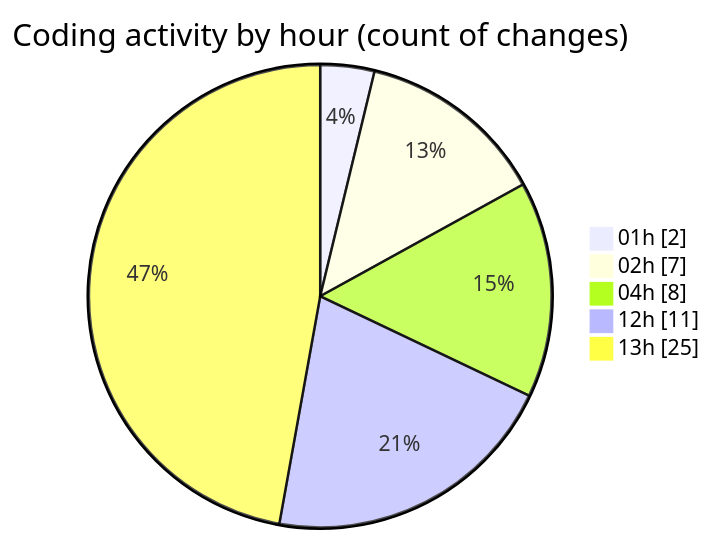
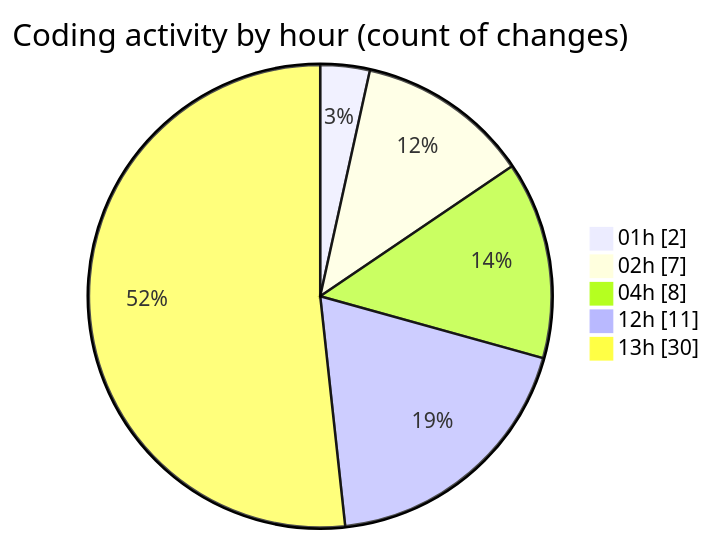
Before and after one commit to lephambinh05/code-tracking: the second of 2 diagrams in 2025-08-11/rentotp/README.md, drawn with Mermaid. The commit also changed other lines of this file and 1 other file, not shown here.

````diff
--- a/2025-08-11/rentotp/README.md
+++ b/2025-08-11/rentotp/README.md
@@ -39,9 +40,9 @@
 ```mermaid
 pie showData
 title Coding activity by hour (count of changes)
 "01h" : 2
 "02h" : 7
 "04h" : 8
 "12h" : 11
-"13h" : 25
+"13h" : 30
 ```
````
